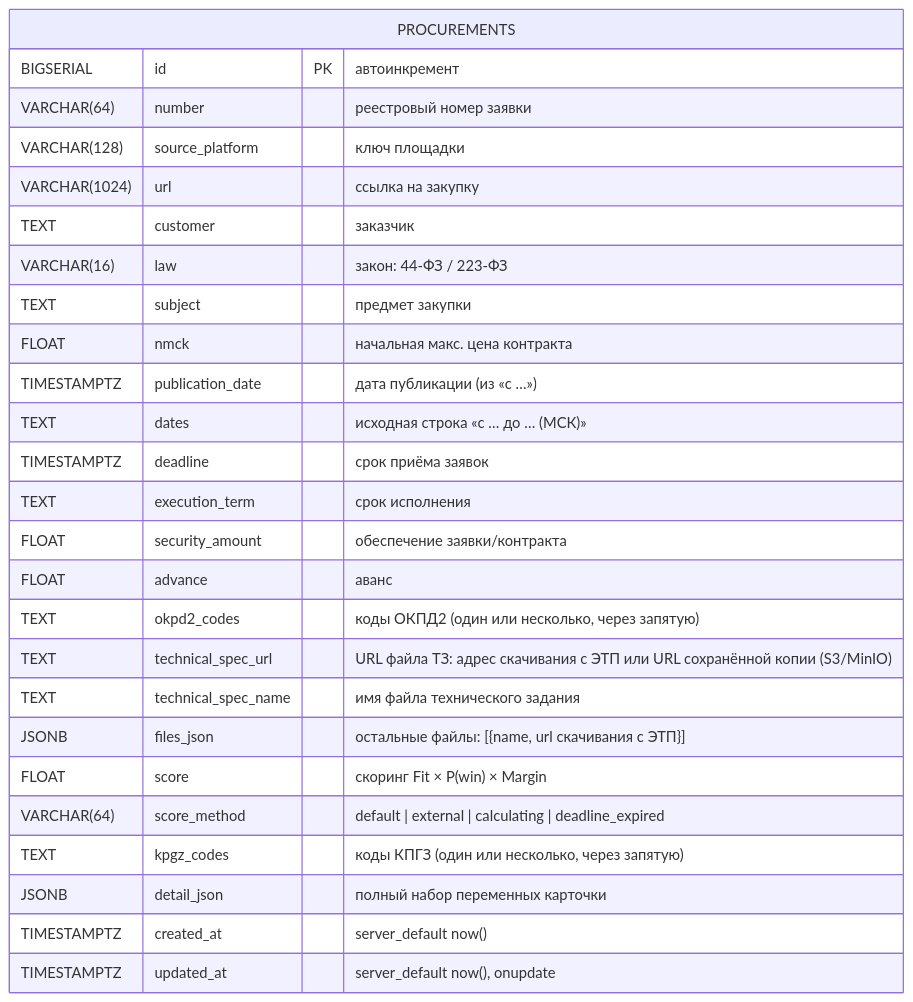
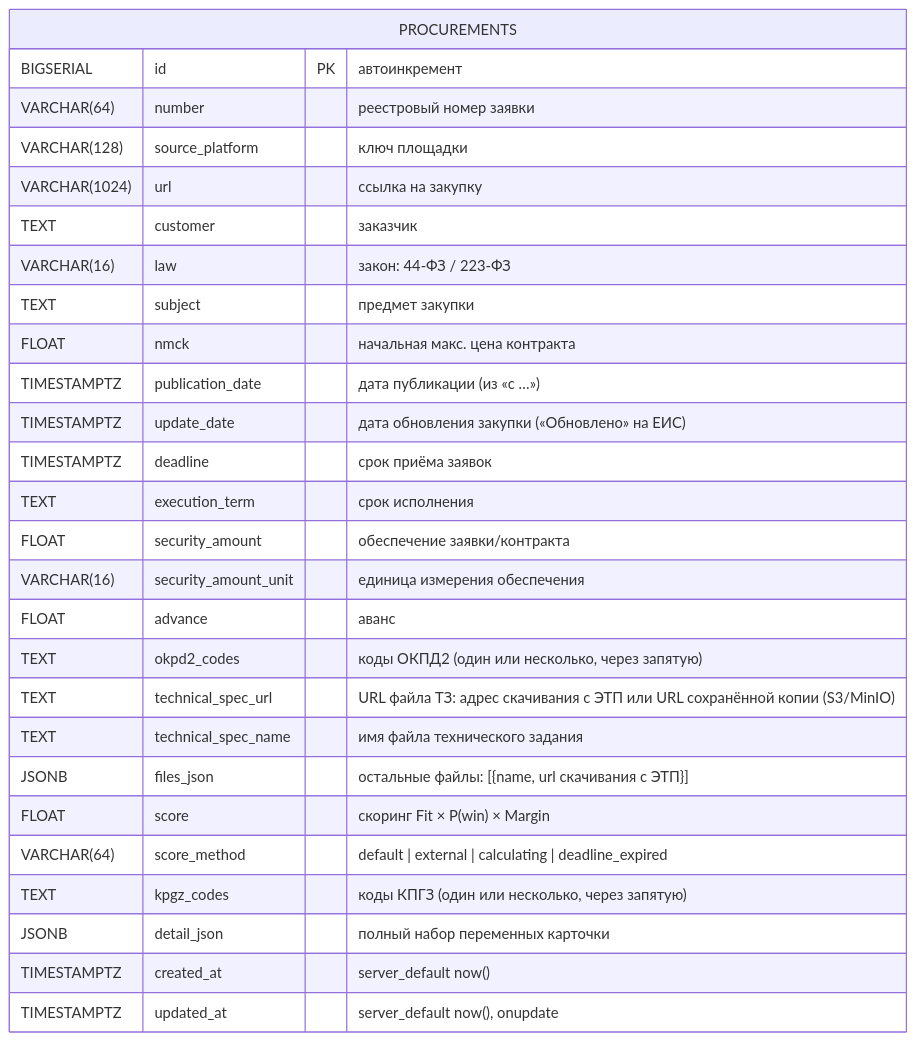
The diagram in docs/c4/db-schema.md (igorvolk1961/zakupki_parser), drawn with Mermaid before and after one commit. The commit also changed other lines of this file and 8 other files, not shown here.

````diff
--- a/docs/c4/db-schema.md
+++ b/docs/c4/db-schema.md
@@ -6,33 +6,30 @@
 ```mermaid
 erDiagram
     PROCUREMENTS {
         BIGSERIAL id PK "автоинкремент"
         VARCHAR(64) number "реестровый номер заявки"
         VARCHAR(128) source_platform "ключ площадки"
         VARCHAR(1024) url "ссылка на закупку"
         TEXT customer "заказчик"
         VARCHAR(16) law "закон: 44-ФЗ / 223-ФЗ"
         TEXT subject "предмет закупки"
         FLOAT nmck "начальная макс. цена контракта"
         TIMESTAMPTZ publication_date "дата публикации (из «с …»)"
-        TEXT dates "исходная строка «с … до … (МСК)»"
+        TIMESTAMPTZ update_date "дата обновления закупки («Обновлено» на ЕИС)"
         TIMESTAMPTZ deadline "срок приёма заявок"
         TEXT execution_term "срок исполнения"
         FLOAT security_amount "обеспечение заявки/контракта"
+        VARCHAR(16) security_amount_unit "единица измерения обеспечения"
         FLOAT advance "аванс"
         TEXT okpd2_codes "коды ОКПД2 (один или несколько, через запятую)"
         TEXT technical_spec_url "URL файла ТЗ: адрес скачивания с ЭТП или URL сохранённой копии (S3/MinIO)"
         TEXT technical_spec_name "имя файла технического задания"
         JSONB files_json "остальные файлы: [{name, url скачивания с ЭТП}]"
         FLOAT score "скоринг Fit × P(win) × Margin"
         VARCHAR(64) score_method "default | external | calculating | deadline_expired"
         TEXT kpgz_codes "коды КПГЗ (один или несколько, через запятую)"
         JSONB detail_json "полный набор переменных карточки"
         TIMESTAMPTZ created_at "server_default now()"
         TIMESTAMPTZ updated_at "server_default now(), onupdate"
     }
-
-    %% Схема имеет одну таблицу. Дата последней обработанной записи
-    %% НЕ хранится в БД — она получается SQL-запросом, а порог по умолчанию
-    %% хранится в state-файле data/last_seen.json и конфиге config_service.yaml.
 ```
````
